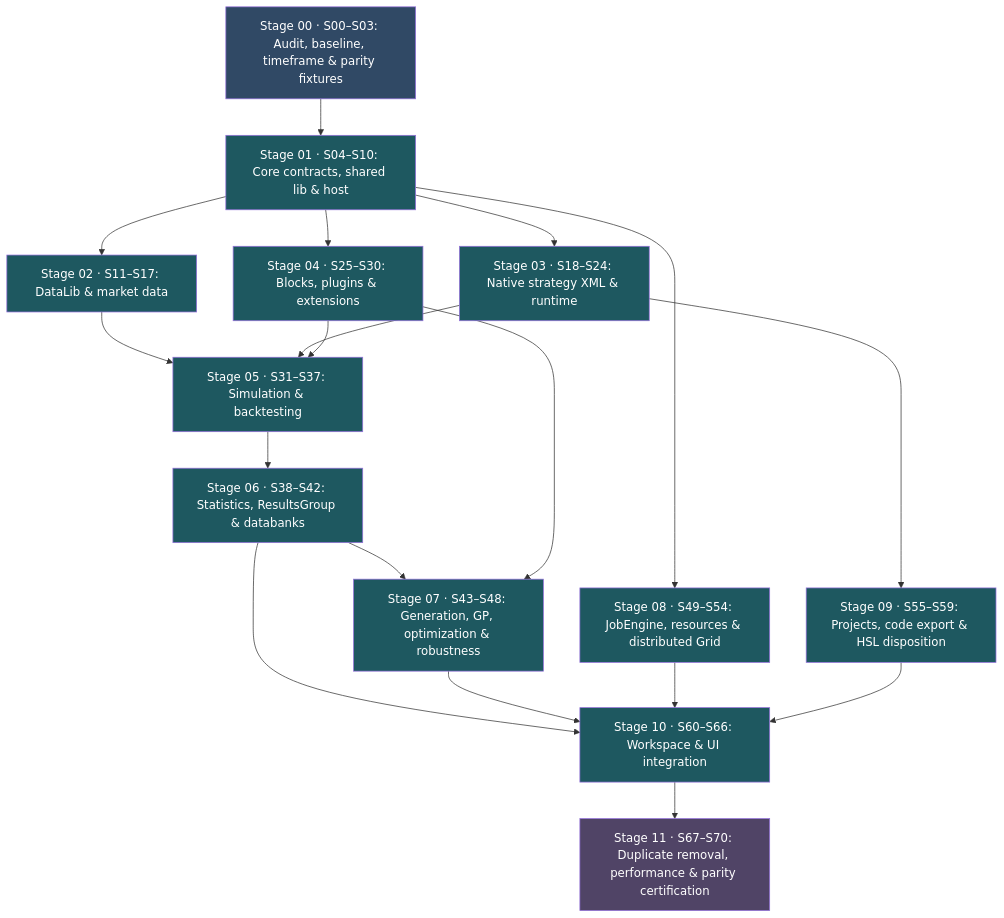
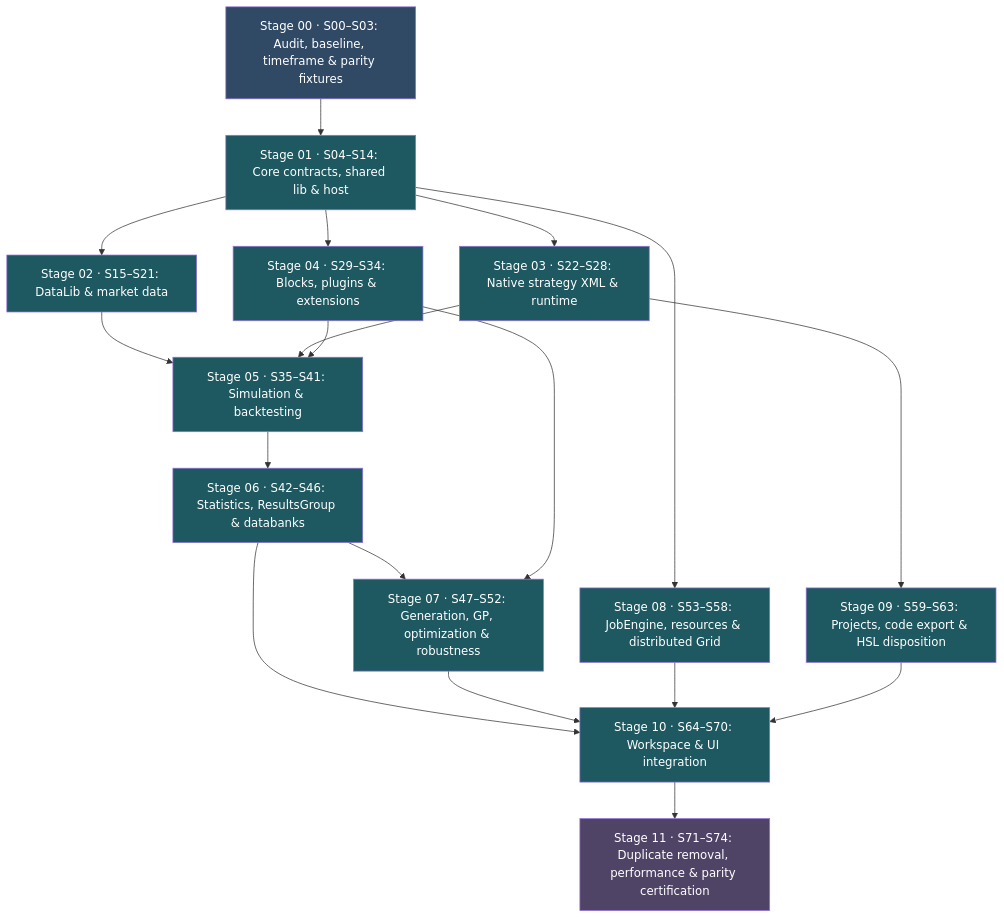
One commit to haruperi/HaruQuantAI changed the first of 2 diagrams in docs/dev/cleanup/Complete_Donor_First_Implementation_Plan.md. Above: the diagram before and after it, drawn with Mermaid. The commit also changed other lines of this file, not shown here.

First line of the commit message:
docs(cleanup): subdivide Stage 01 host slices into S07-S14 and renumber roadmap

````diff
--- a/docs/dev/cleanup/Complete_Donor_First_Implementation_Plan.md
+++ b/docs/dev/cleanup/Complete_Donor_First_Implementation_Plan.md
@@ -13,41 +13,41 @@
 ```mermaid
 flowchart TB
     BASE["Stage 00 · S00–S03: Audit, baseline, timeframe & parity fixtures"]
 
-    LIB["Stage 01 · S04–S10: Core contracts, shared lib & host"]
-    DATA["Stage 02 · S11–S17: DataLib & market data"]
-    STR["Stage 03 · S18–S24: Native strategy XML & runtime"]
-    BLOCK["Stage 04 · S25–S30: Blocks, plugins & extensions"]
-    SIM["Stage 05 · S31–S37: Simulation & backtesting"]
-    RESULTS["Stage 06 · S38–S42: Statistics, ResultsGroup & databanks"]
-    RESEARCH["Stage 07 · S43–S48: Generation, GP, optimization & robustness"]
-    COMPUTE["Stage 08 · S49–S54: JobEngine, resources & distributed Grid"]
-    PROJECT["Stage 09 · S55–S59: Projects, code export & HSL disposition"]
-    WORK["Stage 10 · S60–S66: Workspace & UI integration"]
-    FIN["Stage 11 · S67–S70: Duplicate removal, performance & parity certification"]
+    LIB["Stage 01 · S04–S14: Core contracts, shared lib & host"]
+    DATA["Stage 02 · S15–S21: DataLib & market data"]
+    STR["Stage 03 · S22–S28: Native strategy XML & runtime"]
+    BLOCK["Stage 04 · S29–S34: Blocks, plugins & extensions"]
+    SIM["Stage 05 · S35–S41: Simulation & backtesting"]
+    RESULTS["Stage 06 · S42–S46: Statistics, ResultsGroup & databanks"]
+    RESEARCH["Stage 07 · S47–S52: Generation, GP, optimization & robustness"]
+    COMPUTE["Stage 08 · S53–S58: JobEngine, resources & distributed Grid"]
+    PROJECT["Stage 09 · S59–S63: Projects, code export & HSL disposition"]
+    WORK["Stage 10 · S64–S70: Workspace & UI integration"]
+    FIN["Stage 11 · S71–S74: Duplicate removal, performance & parity certification"]
 
     BASE --> LIB
     LIB --> DATA
     LIB --> STR
     LIB --> BLOCK
     LIB --> COMPUTE
     DATA --> SIM
     STR --> SIM
     BLOCK --> SIM
     SIM --> RESULTS
     RESULTS --> RESEARCH
     BLOCK --> RESEARCH
     STR --> PROJECT
     RESULTS --> WORK
     RESEARCH --> WORK
     COMPUTE --> WORK
     PROJECT --> WORK
     WORK --> FIN
 
     classDef root fill:#304965,color:#fff
     classDef lane fill:#1e5860,color:#fff
     classDef finish fill:#504466,color:#fff
     class BASE root
     class LIB,DATA,STR,BLOCK,SIM,RESULTS,RESEARCH,COMPUTE,PROJECT,WORK lane
     class FIN finish
 ```
````
